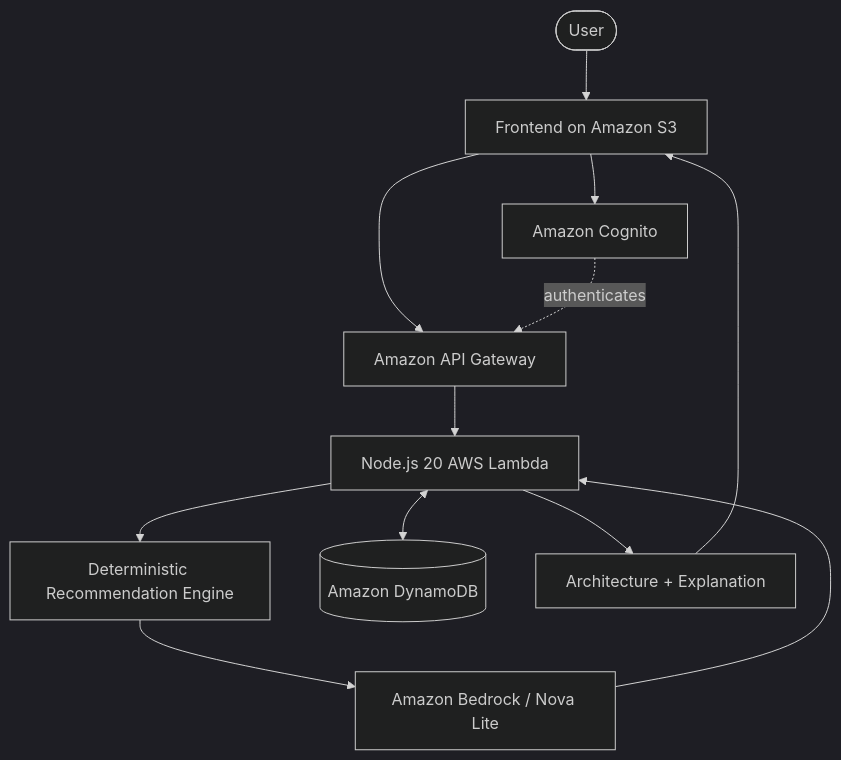
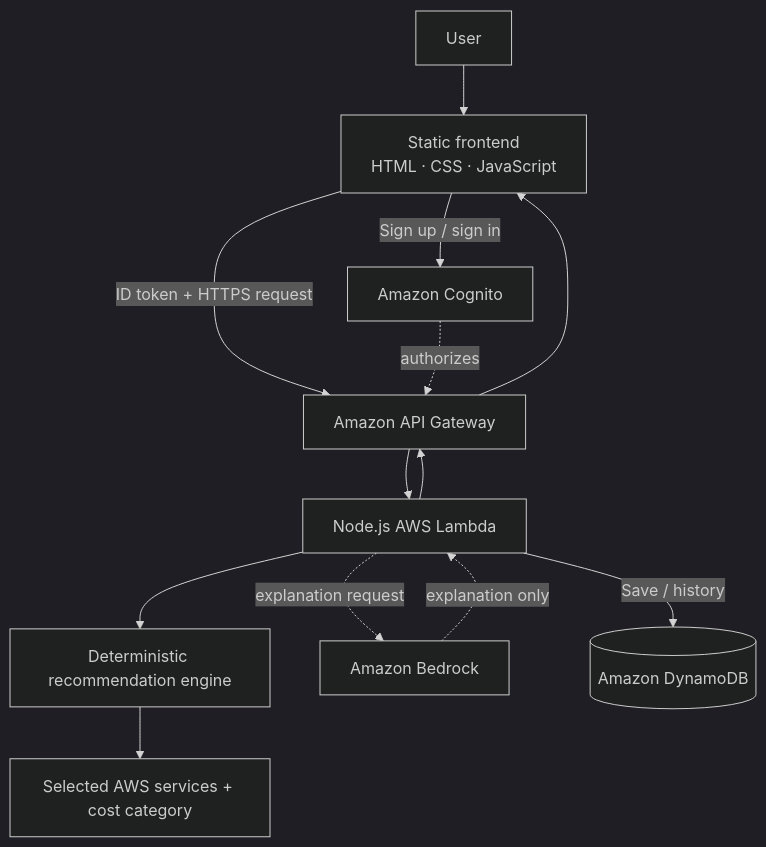
One commit to adarshmuchatte-lang/cloudarchitect-ai changed the diagram in README.md. Above: the diagram before and after it, drawn with Mermaid (dark theme). The commit also changed other lines of this file, not shown here.

````diff
--- a/README.md
+++ b/README.md
@@ -57,14 +82,15 @@
 ```mermaid
 flowchart TD
-    U([User]) --> WEB[Frontend on Amazon S3]
-    WEB --> AUTH[Amazon Cognito]
-    WEB --> API[Amazon API Gateway]
-    AUTH -. authenticates .-> API
-    API --> L[Node.js 20 AWS Lambda]
-    L --> RULES[Deterministic Recommendation Engine]
-    RULES --> BEDROCK[Amazon Bedrock / Nova Lite]
-    L <--> DB[(Amazon DynamoDB)]
-    BEDROCK --> L
-    L --> RESULT[Architecture + Explanation]
-    RESULT --> WEB
+    U[User] --> FE[Static frontend<br/>HTML · CSS · JavaScript]
+    FE -->|Sign up / sign in| COG[Amazon Cognito]
+    FE -->|ID token + HTTPS request| API[Amazon API Gateway]
+    COG -. authorizes .-> API
+    API --> L[Node.js AWS Lambda]
+    L --> R[Deterministic recommendation engine]
+    R --> OUT[Selected AWS services + cost category]
+    L -. explanation request .-> BR[Amazon Bedrock]
+    BR -. explanation only .-> L
+    L -->|Save / history| DDB[(Amazon DynamoDB)]
+    L --> API
+    API --> FE
 ```
````
